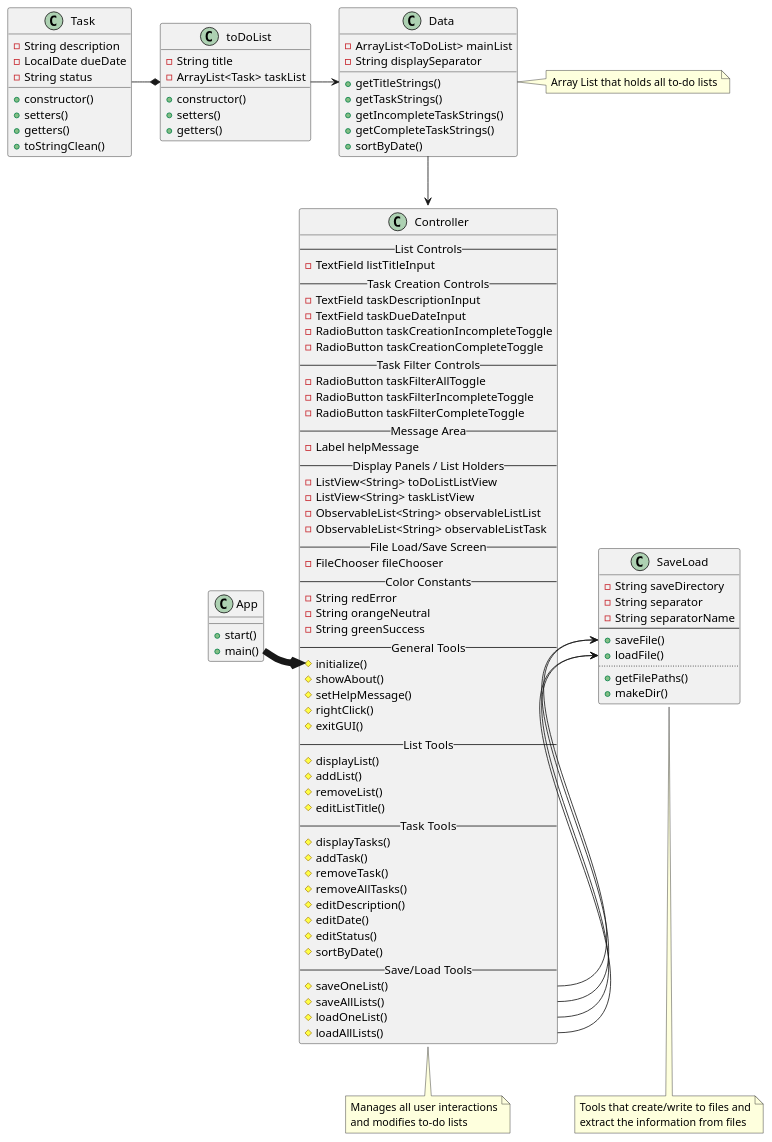
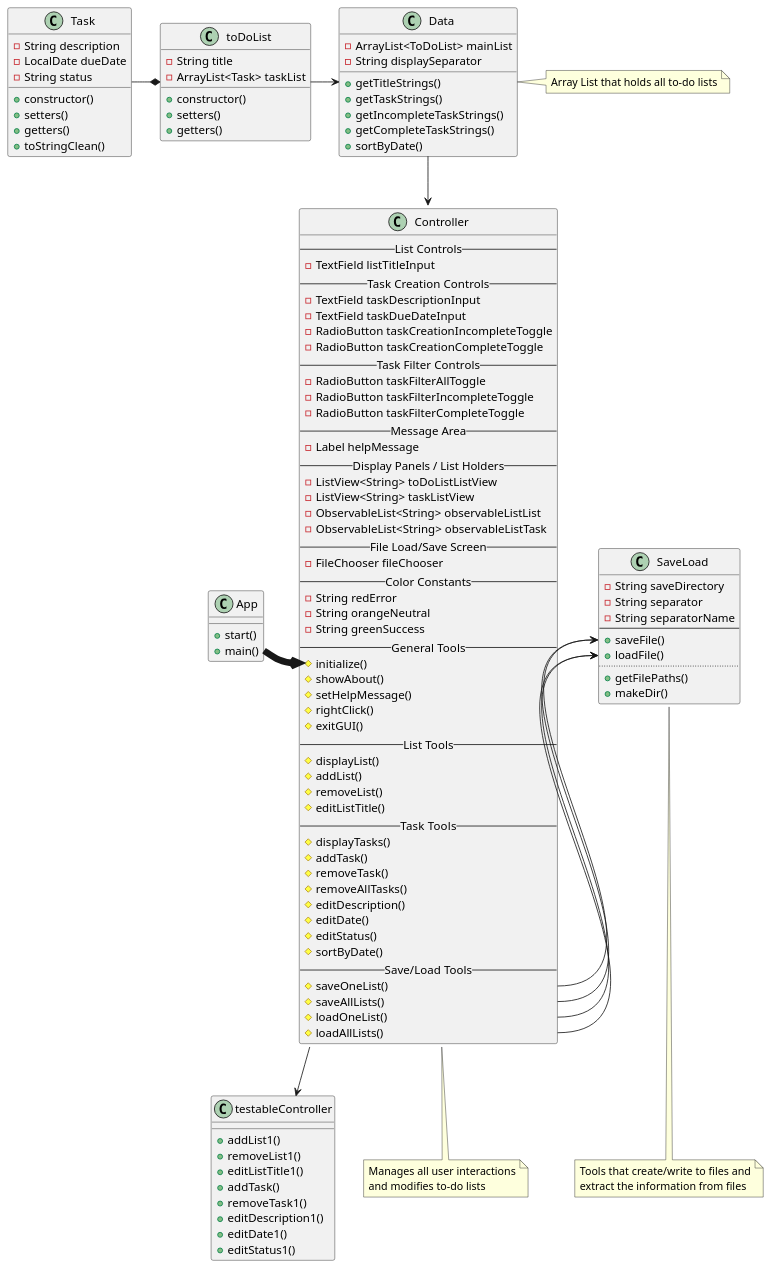
One commit to Curtiellas/curtiellas-cop3330-assignment4part2 changed the diagram in uml/diagram.puml. Above: the diagram before and after it, drawn with PlantUML. The commit also changed 8 other files, not shown here.

Commit message:
small diagram change

```diff
--- a/uml/diagram.puml
+++ b/uml/diagram.puml
@@ -1,116 +1,128 @@
 @startuml
 'https://plantuml.com/class-diagram
 
 class Data {
     -ArrayList<ToDoList> mainList
     -String displaySeparator
     +getTitleStrings()
     +getTaskStrings()
     +getIncompleteTaskStrings()
     +getCompleteTaskStrings()
     +sortByDate()
 }
 
 class toDoList {
     -String title
     -ArrayList<Task> taskList
     +constructor()
     +setters()
     +getters()
 }
 
 class Task {
     -String description
     -LocalDate dueDate
     -String status
     +constructor()
     +setters()
     +getters()
     +toStringClean()
 }
 
 class App {
     +start()
     +main()
 }
 
 class Controller {
     -- List Controls --
     -TextField listTitleInput
     -- Task Creation Controls --
     -TextField taskDescriptionInput
     -TextField taskDueDateInput
     -RadioButton taskCreationIncompleteToggle
     -RadioButton taskCreationCompleteToggle
     -- Task Filter Controls --
     -RadioButton taskFilterAllToggle
     -RadioButton taskFilterIncompleteToggle
     -RadioButton taskFilterCompleteToggle
     -- Message Area --
     -Label helpMessage
     -- Display Panels / List Holders --
     -ListView<String> toDoListListView
     -ListView<String> taskListView
     -ObservableList<String> observableListList
     -ObservableList<String> observableListTask
     -- File Load/Save Screen --
     -FileChooser fileChooser
     -- Color Constants --
     -String redError
     -String orangeNeutral
     -String greenSuccess
     -- General Tools --
     #initialize()
     #showAbout()
     #setHelpMessage()
     #rightClick()
     #exitGUI()
     -- List Tools --
     #displayList()
     #addList()
     #removeList()
     #editListTitle()
     -- Task Tools --
     #displayTasks()
     #addTask()
     #removeTask()
     #removeAllTasks()
     #editDescription()
     #editDate()
     #editStatus()
     #sortByDate()
     -- Save/Load Tools--
     #saveOneList()
     #saveAllLists()
     #loadOneList()
     #loadAllLists()
 }
 
+class testableController {
+    +addList1()
+    +removeList1()
+    +editListTitle1()
+    +addTask()
+    +removeTask1()
+    +editDescription1()
+    +editDate1()
+    +editStatus1()
+}
+
 class SaveLoad {
     -String saveDirectory
     -String separator
     -String separatorName
     --
     +saveFile()
     +loadFile()
     ..
     +getFilePaths()
     +makeDir()
 }
 
 Controller::saveOneList -right-> SaveLoad::saveFile
 Controller::saveAllLists -right-> SaveLoad::saveFile
 Controller::loadOneList -right-> SaveLoad::loadFile
 Controller::loadAllLists -right-> SaveLoad::loadFile
 
 App -right[thickness=8]-> Controller::initialize
 
 Task -right* toDoList
 toDoList -right> Data
 
 Data -down-> Controller
+Controller -down-> testableController
 
 note bottom of Controller : Manages all user interactions\nand modifies to-do lists
 note right of Data : Array List that holds all to-do lists
 note bottom of SaveLoad : Tools that create/write to files and\nextract the information from files
 @enduml
```
